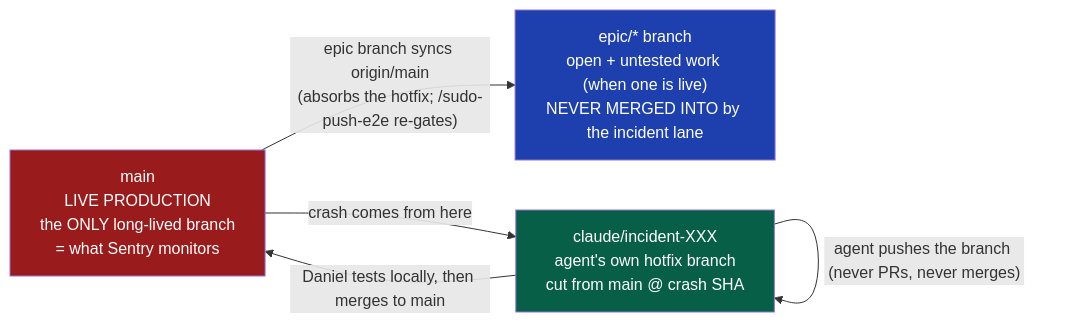
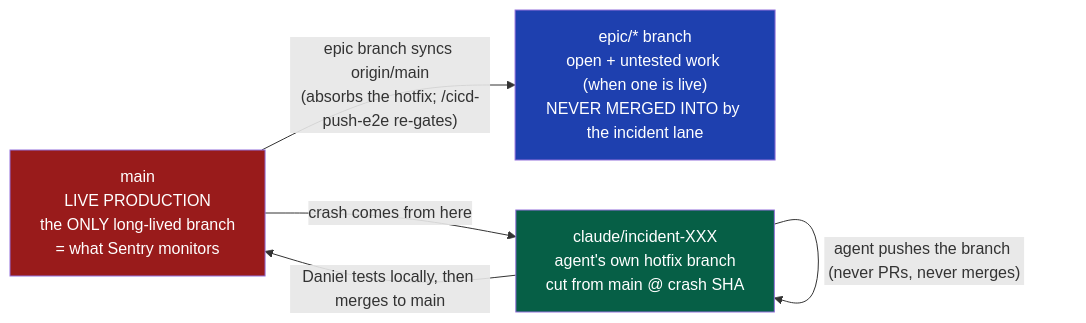
Before and after one commit to sudomadhatter/Sudo_Hatter_Command: the third of 4 diagrams in _my_resources/diagrams_guides/security/sentry_error_response_team.md, drawn with Mermaid. The commit also changed other lines of this file and 402 other files, not shown here.

````diff
--- a/_my_resources/diagrams_guides/security/sentry_error_response_team.md
+++ b/_my_resources/diagrams_guides/security/sentry_error_response_team.md
@@ -118,15 +118,15 @@
 ```mermaid
 flowchart LR
     MAIN["main<br/>LIVE PRODUCTION<br/>the ONLY long-lived branch<br/>= what Sentry monitors"]
     EPIC["epic/* branch<br/>open + untested work (when one is live)<br/>NEVER MERGED INTO by the incident lane"]
     INC["claude/incident-XXX<br/>agent's own hotfix branch<br/>cut from main @ crash SHA"]
 
     MAIN -- "crash comes from here" --> INC
     INC -- "agent pushes the branch (never PRs, never merges)" --> INC
     INC -- "Daniel tests locally, then merges to main" --> MAIN
-    MAIN -- "epic branch syncs origin/main<br/>(absorbs the hotfix; /sudo-push-e2e re-gates)" --> EPIC
+    MAIN -- "epic branch syncs origin/main<br/>(absorbs the hotfix; /cicd-push-e2e re-gates)" --> EPIC
 
     style MAIN fill:#991b1b,color:#fff
     style EPIC fill:#1e40af,color:#fff
     style INC fill:#065f46,color:#fff
 ```
````
